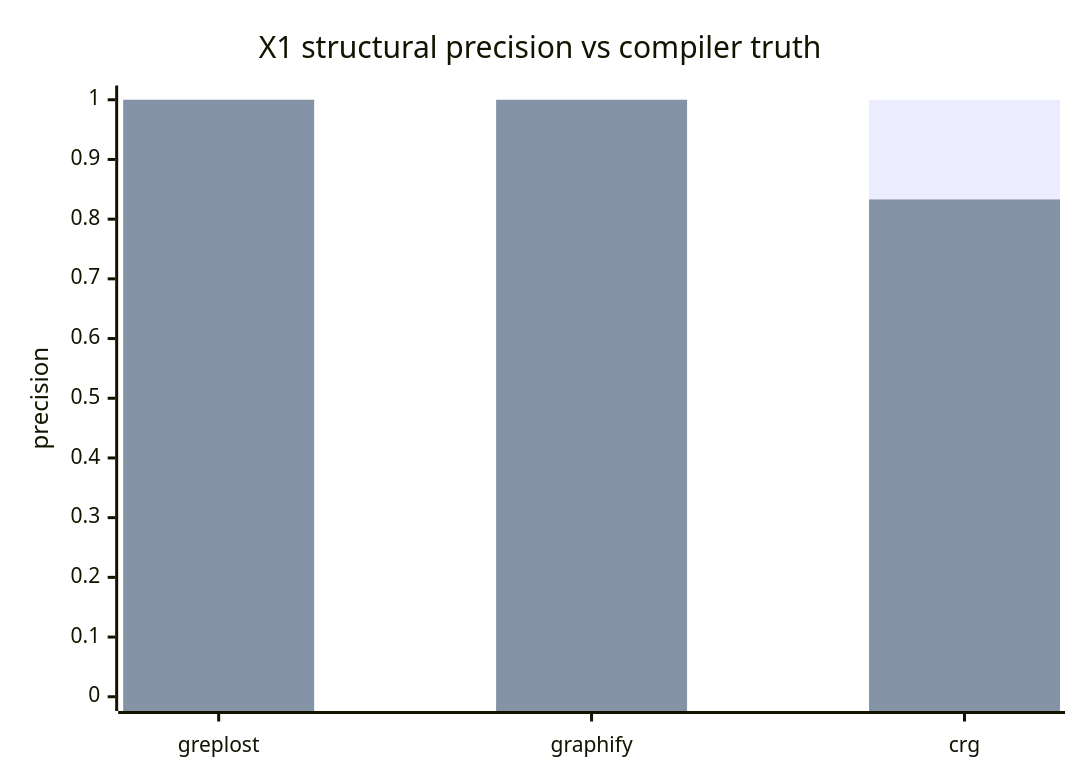
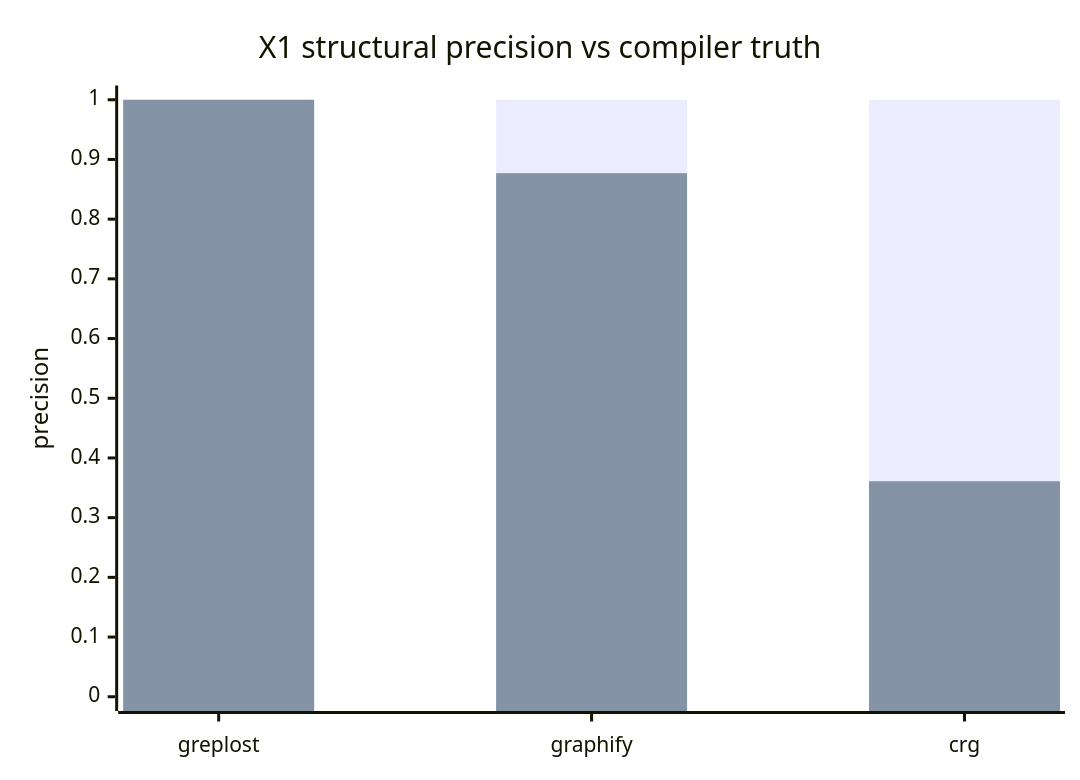
Before and after one commit to sns45/greplost: the third of 6 diagrams in bench/RESULTS.md, drawn with Mermaid. The commit also changed other lines of this file and 30 other files, not shown here.

First line of the commit message:
fix(bench-report): re-measured payloads, arm charts, and the section 11 captures

````diff
--- a/bench/RESULTS.md
+++ b/bench/RESULTS.md
@@ -138,11 +138,11 @@
 ```mermaid
 xychart-beta
     title "X1 structural precision vs compiler truth"
     x-axis ["greplost", "graphify", "crg"]
     y-axis "precision" 0 --> 1
-    bar [1, 0.533, 1]
-    bar [1, 1, 0.833]
+    bar [1, 1, 1]
+    bar [1, 0.877, 0.361]
     %% series, in order: imports, calls
     %% not measured, omitted from the x axis: ua
-    %% A dashed stub is a tool that could not be run; see the reason column.
+    %% A dashed stub is a tool that could not be run; see the reason column. Measured on corpus anyq, tier S (148 files).
 ```
````
